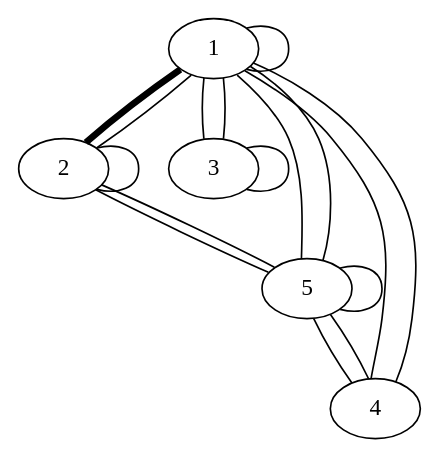
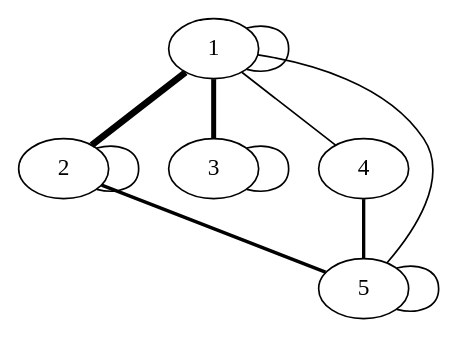
The diagram in test.dot (Timur-SWIM/flita_dz_2), drawn with Graphviz before and after one commit. The commit also changed 21 other files, not shown here.

```diff
--- a/test.dot
+++ b/test.dot
@@ -1,18 +1,12 @@
 graph graf_name{
 1--1
 1--2 [weight=4, penwidth=4]
-1--3 [weight=3, penweight=3]
+1--3 [weight=3, penwidth=3]
 1--4
 1--5
-2--1 [weight=4, penweight=4]
 2--2
-2--5 [weight=2, penweight=2]
-3--1 [weight=4 ,penweight=3]
+2--5 [weight=2, penwidth=2]
 3--3
-4--1
-4--5
-5--1
-5--2
-5--4
+4--5 [weight=2, penwidth=2]
 5--5
 }
```
